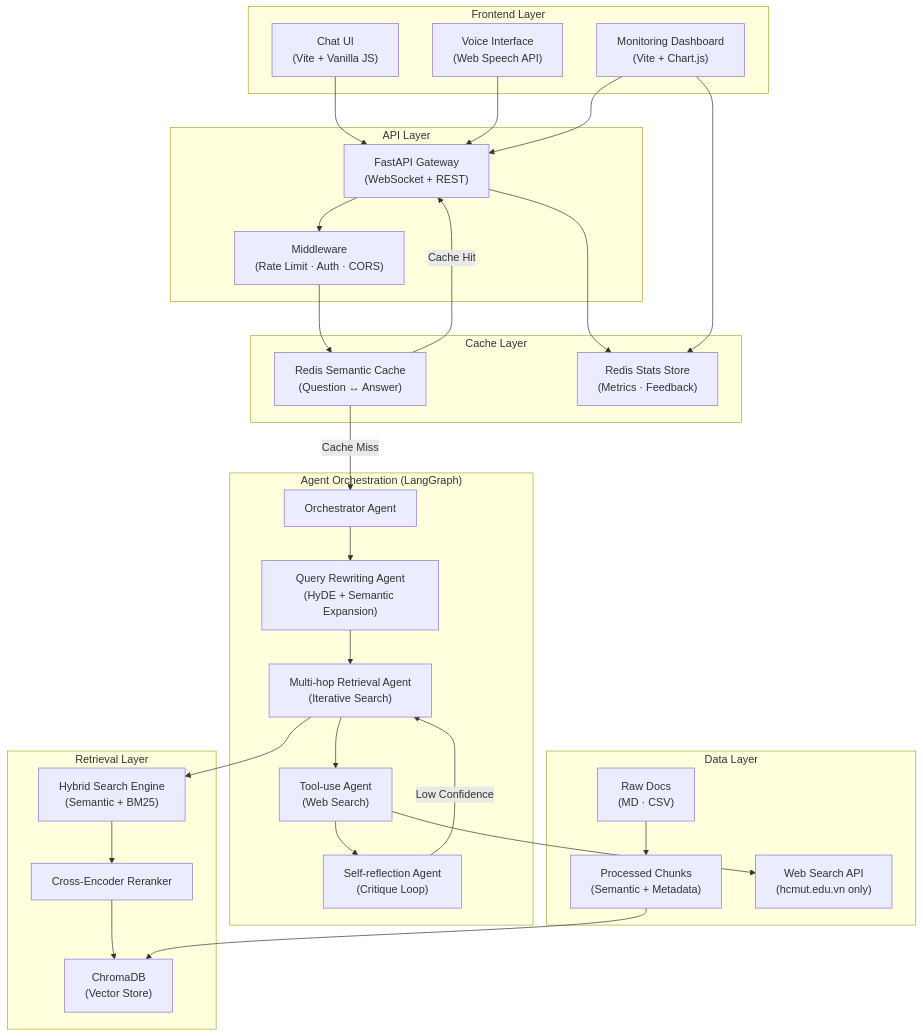
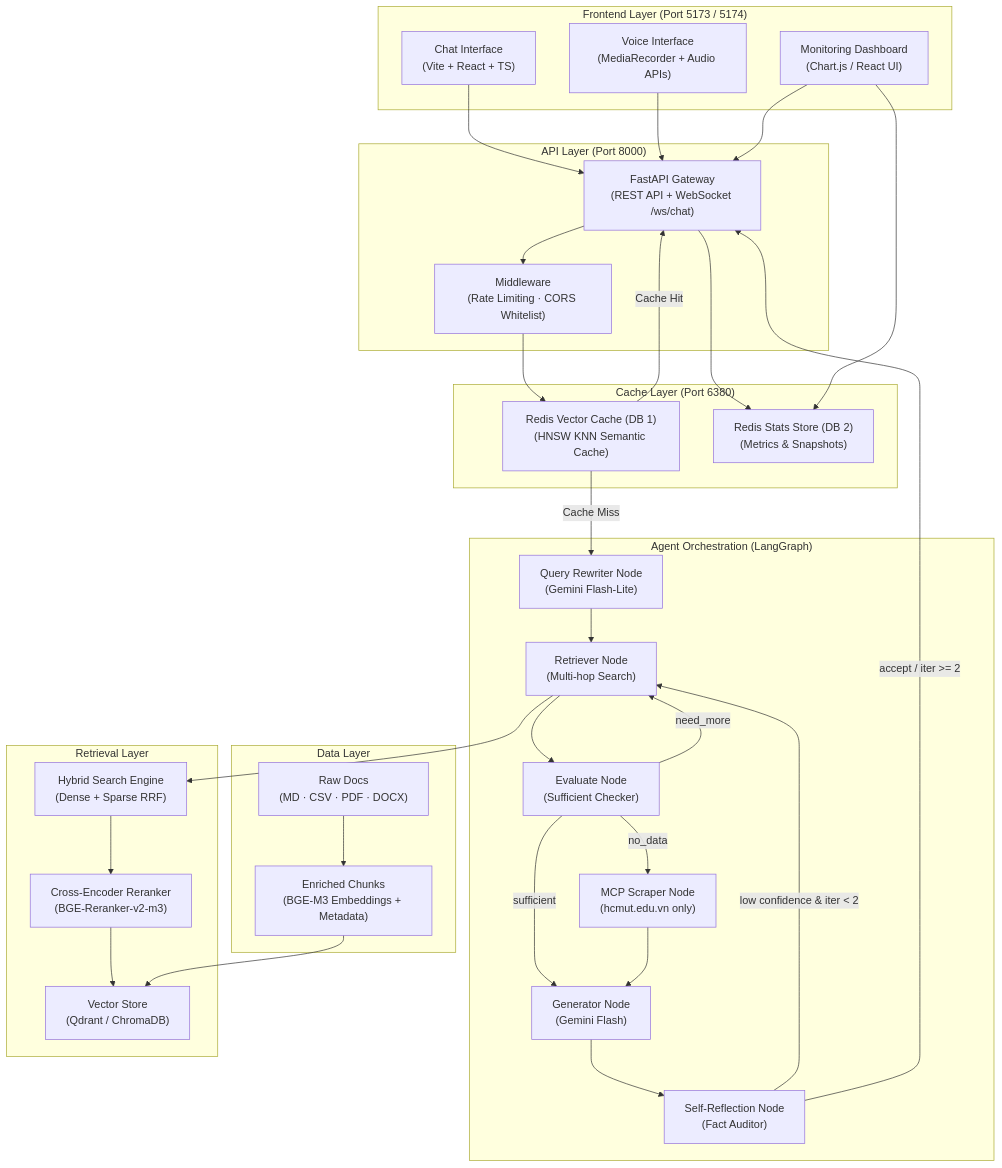
Before and after one commit to BennedictQuanTon/BKAi-Admission-System: the first of 4 diagrams in README.md, drawn with Mermaid. The commit also changed other lines of this file, not shown here.

````diff
--- a/README.md
+++ b/README.md
@@ -47,52 +47,57 @@
 ```mermaid
 graph TB
-    subgraph "Frontend Layer"
-        UI["Chat UI<br/>(Vite + Vanilla JS)"]
-        VOICE["Voice Interface<br/>(Web Speech API)"]
-        DASH["Monitoring Dashboard<br/>(Vite + Chart.js)"]
+    subgraph "Frontend Layer (Port 5173 / 5174)"
+        UI["Chat Interface<br/>(Vite + React + TS)"]
+        VOICE["Voice Interface<br/>(MediaRecorder + Audio APIs)"]
+        DASH["Monitoring Dashboard<br/>(Chart.js / React UI)"]
     end
 
-    subgraph "API Layer"
-        API["FastAPI Gateway<br/>(WebSocket + REST)"]
-        MW["Middleware<br/>(Rate Limit · Auth · CORS)"]
+    subgraph "API Layer (Port 8000)"
+        API["FastAPI Gateway<br/>(REST API + WebSocket /ws/chat)"]
+        MW["Middleware<br/>(Rate Limiting · CORS Whitelist)"]
     end
 
-    subgraph "Cache Layer"
-        RC["Redis Semantic Cache<br/>(Question ↔ Answer)"]
-        RC2["Redis Stats Store<br/>(Metrics · Feedback)"]
+    subgraph "Cache Layer (Port 6380)"
+        RC["Redis Vector Cache (DB 1)<br/>(HNSW KNN Semantic Cache)"]
+        RC2["Redis Stats Store (DB 2)<br/>(Metrics & Snapshots)"]
     end
 
     subgraph "Agent Orchestration (LangGraph)"
-        ORCH["Orchestrator Agent"]
-        QR["Query Rewriting Agent<br/>(HyDE + Semantic Expansion)"]
-        MHR["Multi-hop Retrieval Agent<br/>(Iterative Search)"]
-        TUA["Tool-use Agent<br/>(Web Search)"]
-        SRA["Self-reflection Agent<br/>(Critique Loop)"]
+        QR["Query Rewriter Node<br/>(Gemini Flash-Lite)"]
+        MHR["Retriever Node<br/>(Multi-hop Search)"]
+        EVAL["Evaluate Node<br/>(Sufficient Checker)"]
+        MCP["MCP Scraper Node<br/>(hcmut.edu.vn only)"]
+        GEN["Generator Node<br/>(Gemini Flash)"]
+        SRA["Self-Reflection Node<br/>(Fact Auditor)"]
     end
 
     subgraph "Retrieval Layer"
-        HS["Hybrid Search Engine<br/>(Semantic + BM25)"]
-        RR["Cross-Encoder Reranker"]
-        CHROMA["ChromaDB<br/>(Vector Store)"]
+        HS["Hybrid Search Engine<br/>(Dense + Sparse RRF)"]
+        RR["Cross-Encoder Reranker<br/>(BGE-Reranker-v2-m3)"]
+        VEC["Vector Store<br/>(Qdrant / ChromaDB)"]
     end
 
     subgraph "Data Layer"
-        RAW["Raw Docs<br/>(MD · CSV)"]
-        PROC["Processed Chunks<br/>(Semantic + Metadata)"]
-        MCP["Web Search API<br/>(hcmut.edu.vn only)"]
+        RAW["Raw Docs<br/>(MD · CSV · PDF · DOCX)"]
+        PROC["Enriched Chunks<br/>(BGE-M3 Embeddings + Metadata)"]
     end
 
     UI --> API
     VOICE --> API
     DASH --> API
     API --> MW --> RC
     RC -->|Cache Hit| API
-    RC -->|Cache Miss| ORCH
-    ORCH --> QR --> MHR --> TUA --> SRA
-    MHR --> HS --> RR --> CHROMA
-    TUA --> MCP
-    RAW --> PROC --> CHROMA
-    SRA -->|Low Confidence| MHR
+    RC -->|Cache Miss| QR
+    QR --> MHR --> EVAL
+    EVAL -->|sufficient| GEN
+    EVAL -->|need_more| MHR
+    EVAL -->|no_data| MCP
+    MCP --> GEN
+    GEN --> SRA
+    SRA -->|low confidence & iter < 2| MHR
+    SRA -->|accept / iter >= 2| API
+    MHR --> HS --> RR --> VEC
+    RAW --> PROC --> VEC
     API --> RC2
     DASH --> RC2
 ```
````
